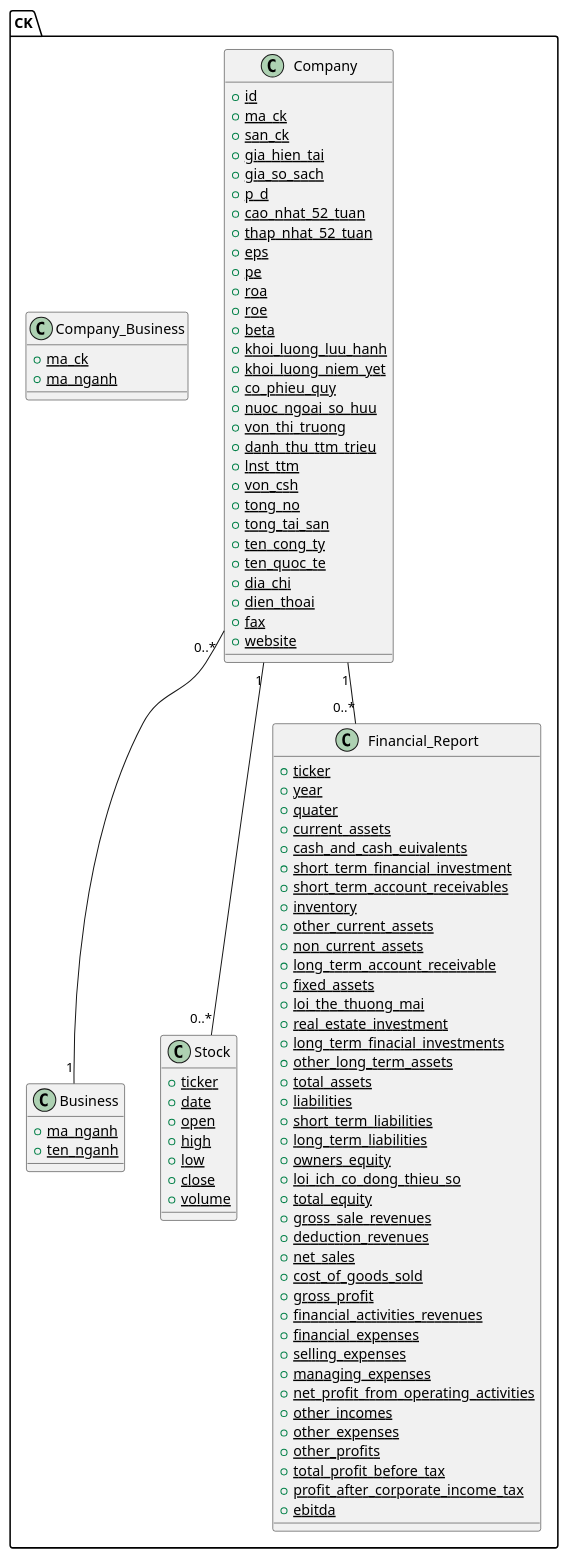
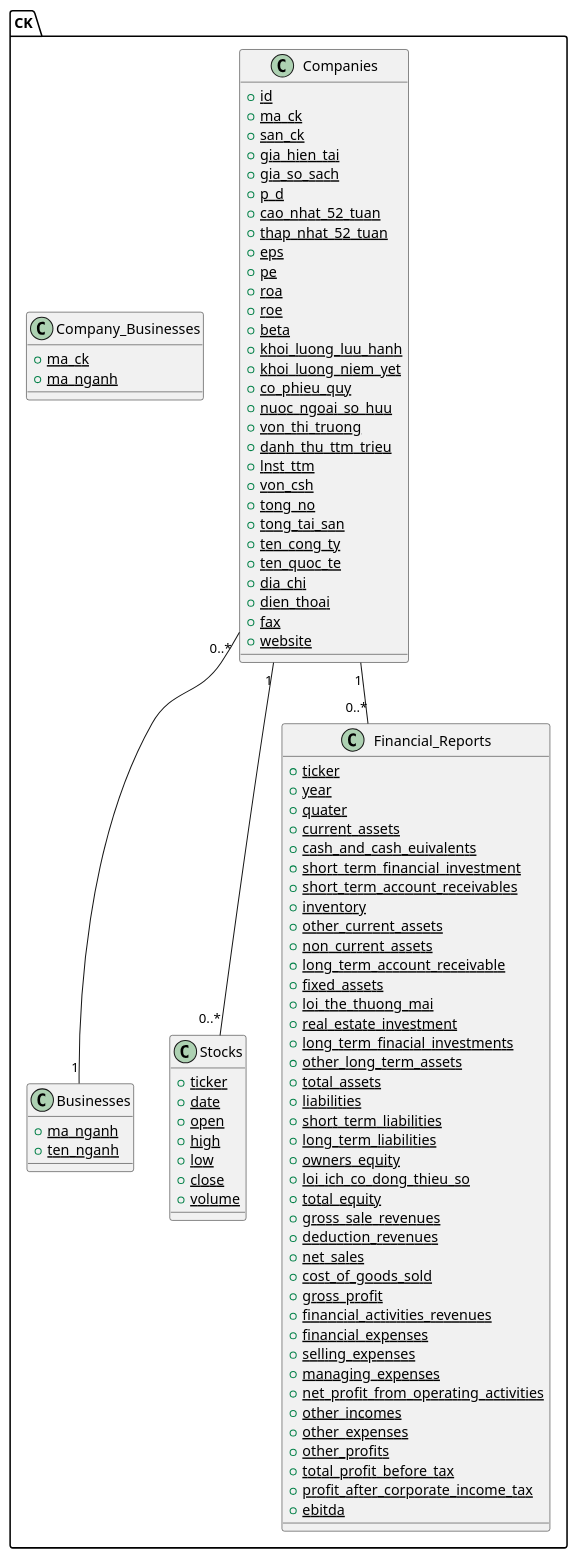
Before and after one commit to tranhv/ck: the diagram in ck/diagram/class.wsd, drawn with PlantUML. The commit also changed 2 other files, not shown here.

```diff
--- a/ck/diagram/class.wsd
+++ b/ck/diagram/class.wsd
@@ -1,105 +1,105 @@
 @startuml
 set namespaceSeparator ::
 
-class CK::Company {
+class CK::Companies{
   + {static} id
   + {static} ma_ck
   + {static} san_ck
   + {static} gia_hien_tai
   + {static} gia_so_sach
   + {static} p_d
   + {static} cao_nhat_52_tuan
   + {static} thap_nhat_52_tuan
   + {static} eps
   + {static} pe
   + {static} roa
   + {static} roe
   + {static} beta
   + {static} khoi_luong_luu_hanh
   + {static} khoi_luong_niem_yet
   + {static} co_phieu_quy
   + {static} nuoc_ngoai_so_huu
   + {static} von_thi_truong
   + {static} danh_thu_ttm_trieu
   + {static} lnst_ttm
   + {static} von_csh
   + {static} tong_no
   + {static} tong_tai_san
   + {static} ten_cong_ty
   + {static} ten_quoc_te
   + {static} dia_chi
   + {static} dien_thoai
   + {static} fax
   + {static} website
 }
 
-class CK::Business{
+class CK::Businesses{
   + {static} ma_nganh
   + {static} ten_nganh
 }
 
-class CK::Stock{
+class CK::Stocks{
   + {static} ticker  
   + {static} date
   + {static} open    
   + {static} high    
   + {static} low     
   + {static} close
   + {static} volume    
 }
 
-class CK::Financial_Report{
+class CK::Financial_Reports{
   + {static} ticker
   + {static} year
   + {static} quater
   + {static} current_assets
   + {static} cash_and_cash_euivalents
   + {static} short_term_financial_investment
   + {static} short_term_account_receivables
   + {static} inventory
   + {static} other_current_assets
   + {static} non_current_assets
   + {static} long_term_account_receivable
   + {static} fixed_assets
   + {static} loi_the_thuong_mai
   + {static} real_estate_investment
   + {static} long_term_finacial_investments
   + {static} other_long_term_assets
   + {static} total_assets
   + {static} liabilities
   + {static} short_term_liabilities
   + {static} long_term_liabilities
   + {static} owners_equity
   + {static} loi_ich_co_dong_thieu_so
   + {static} total_equity
   + {static} gross_sale_revenues
   + {static} deduction_revenues
   + {static} net_sales
   + {static} cost_of_goods_sold
   + {static} gross_profit
   + {static} financial_activities_revenues
   + {static} financial_expenses
   + {static} selling_expenses
   + {static} managing_expenses
   + {static} net_profit_from_operating_activities
   + {static} other_incomes
   + {static} other_expenses
   + {static} other_profits
   + {static} total_profit_before_tax
   + {static} profit_after_corporate_income_tax
   + {static} ebitda
 }
 
-class CK::Company_Business{
+class CK::Company_Businesses{
   + {static} ma_ck
   + {static} ma_nganh
 }
 
 
-CK::Company "0..*" -- "1" CK::Business
-CK::Company "1" -- "0..*" CK::Financial_Report
-CK::Company "1" -- "0..*" CK::Stock
+CK::Companies "0..*" -- "1" CK::Businesses
+CK::Companies "1" -- "0..*" CK::Financial_Reports
+CK::Companies "1" -- "0..*" CK::Stocks
 
 
 
 @enduml
```
